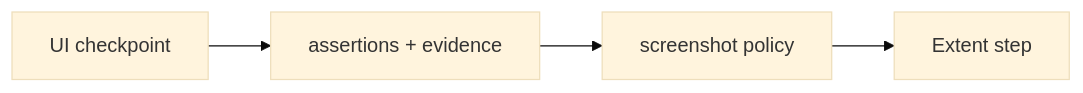
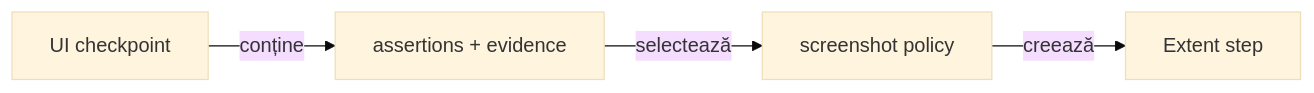
Before and after one commit to crististefanita/demo2: the seventh of 8 diagrams in atf-test-practice-shop/README.md, drawn with Mermaid (base theme). The commit also changed other lines of this file and 102 other files, not shown here.

````diff
--- a/atf-test-practice-shop/README.md
+++ b/atf-test-practice-shop/README.md
@@ -349,6 +385,6 @@
 ```mermaid
 flowchart LR
-    Checkpoint["UI checkpoint"] --> Payload["assertions + evidence"]
-    Payload --> Capture["screenshot policy"]
-    Capture --> Extent["Extent step"]
+    Checkpoint["UI checkpoint"] -->|conține| Payload["assertions + evidence"]
+    Payload -->|selectează| Capture["screenshot policy"]
+    Capture -->|creează| Extent["Extent step"]
 ```
````
